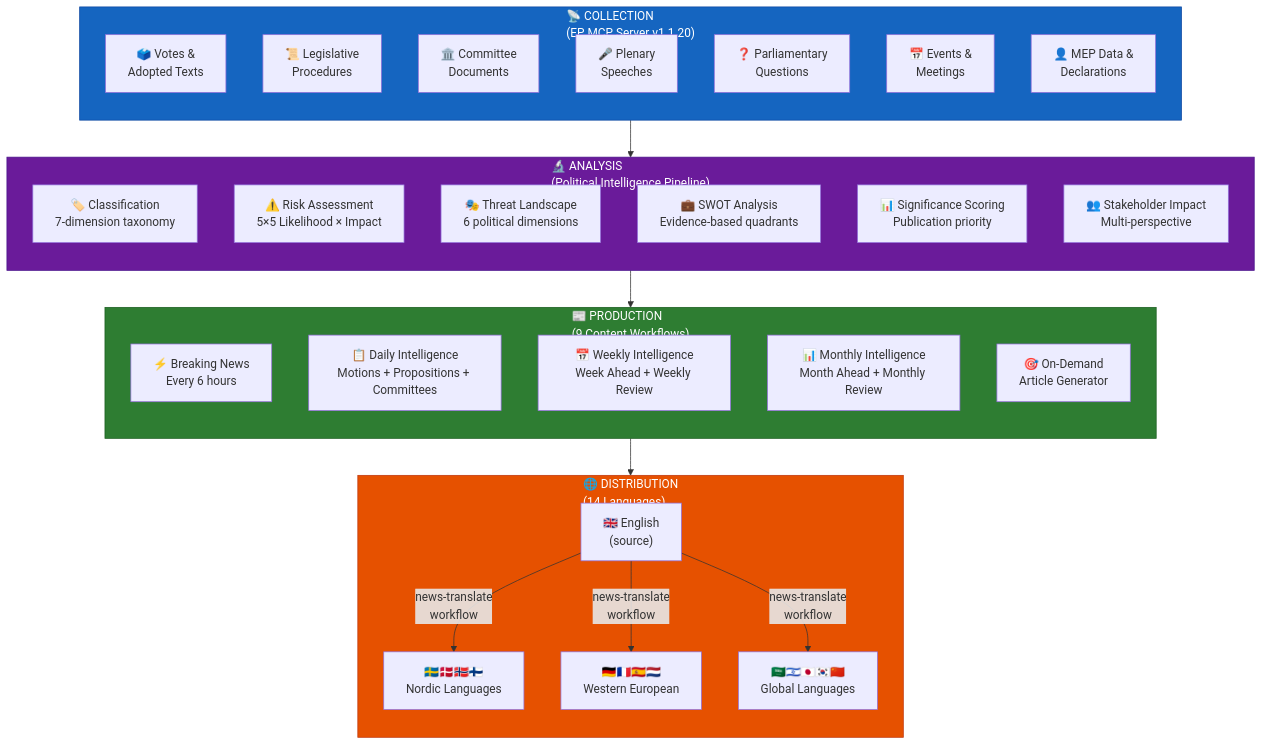
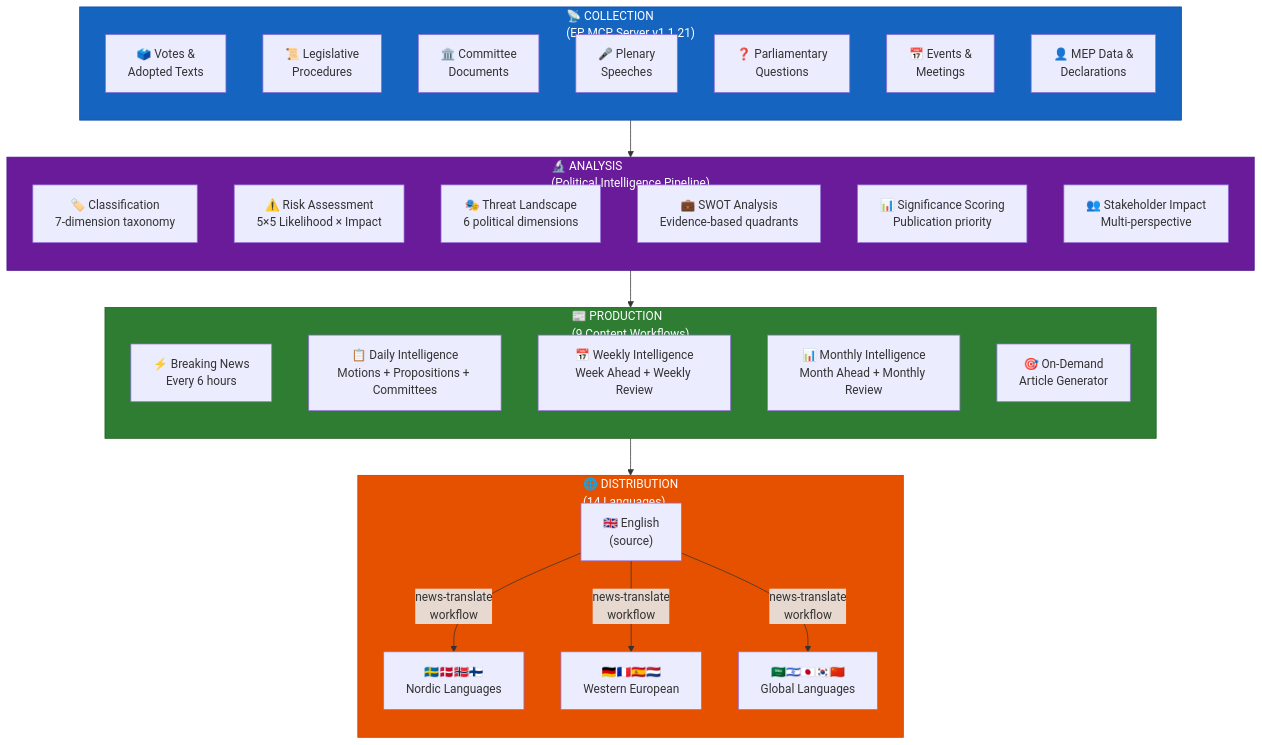
Before and after one commit to Hack23/euparliamentmonitor: diagram 18 of 21 in WORKFLOWS.md, drawn with Mermaid. The commit also changed other lines of this file and 25 other files, not shown here.

First line of the commit message:
chore: update european-parliament-mcp-server references from 1.1.20 to 1.1.21 across all files

````diff
--- a/WORKFLOWS.md
+++ b/WORKFLOWS.md
@@ -1625,48 +1625,48 @@
 ```mermaid
 flowchart TD
-    subgraph Collection["📡 COLLECTION<br/>(EP MCP Server v1.1.20)"]
+    subgraph Collection["📡 COLLECTION<br/>(EP MCP Server v1.1.21)"]
         direction TB
         C1["🗳️ Votes &<br/>Adopted Texts"]
         C2["📜 Legislative<br/>Procedures"]
         C3["🏛️ Committee<br/>Documents"]
         C4["🎤 Plenary<br/>Speeches"]
         C5["❓ Parliamentary<br/>Questions"]
         C6["📅 Events &<br/>Meetings"]
         C7["👤 MEP Data &<br/>Declarations"]
     end
 
     subgraph Analysis["🔬 ANALYSIS<br/>(Political Intelligence Pipeline)"]
         direction TB
         A1["🏷️ Classification<br/>7-dimension taxonomy"]
         A2["⚠️ Risk Assessment<br/>5×5 Likelihood × Impact"]
         A3["🎭 Threat Landscape<br/>6 political dimensions"]
         A4["💼 SWOT Analysis<br/>Evidence-based quadrants"]
         A5["📊 Significance Scoring<br/>Publication priority"]
         A6["👥 Stakeholder Impact<br/>Multi-perspective"]
     end
 
     subgraph Production["📰 PRODUCTION<br/>(9 Content Workflows)"]
         direction TB
         P1["⚡ Breaking News<br/>Every 6 hours"]
         P2["📋 Daily Intelligence<br/>Motions + Propositions + Committees"]
         P3["📅 Weekly Intelligence<br/>Week Ahead + Weekly Review"]
         P4["📊 Monthly Intelligence<br/>Month Ahead + Monthly Review"]
         P5["🎯 On-Demand<br/>Article Generator"]
     end
 
     subgraph Distribution["🌐 DISTRIBUTION<br/>(14 Languages)"]
         direction TB
         D1["🇬🇧 English<br/>(source)"]
         D2["🇸🇪🇩🇰🇳🇴🇫🇮<br/>Nordic Languages"]
         D3["🇩🇪🇫🇷🇪🇸🇳🇱<br/>Western European"]
         D4["🇸🇦🇮🇱🇯🇵🇰🇷🇨🇳<br/>Global Languages"]
     end
 
     Collection --> Analysis --> Production --> D1
     D1 --> |"news-translate<br/>workflow"| D2 & D3 & D4
 
     style Collection fill:#1565C0,stroke:#0D47A1,color:#FFFFFF
     style Analysis fill:#6A1B9A,stroke:#4A148C,color:#FFFFFF
     style Production fill:#2E7D32,stroke:#1B5E20,color:#FFFFFF
     style Distribution fill:#E65100,stroke:#BF360C,color:#FFFFFF
 ```
````
